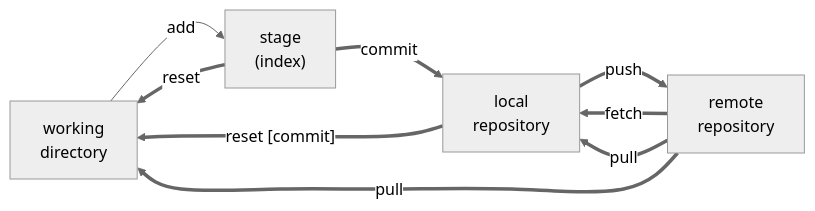
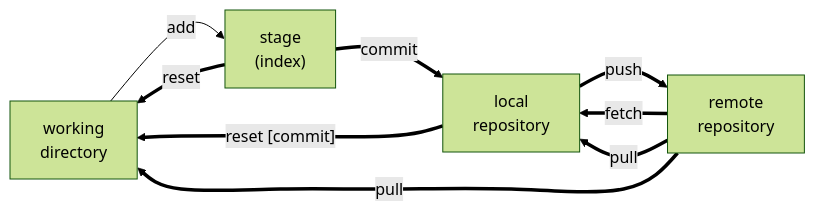
One commit to litec-hasp/git-intro changed the second of 2 diagrams in 00-example.md. Above: the diagram before and after it, drawn with Mermaid. The commit also changed other lines of this file, not shown here.

````diff
--- a/00-example.md
+++ b/00-example.md
@@ -37,17 +36,17 @@
 ```mermaid
 flowchart LR
-%%{init: {'theme':'neutral' ,'flowchart': { 'curve': 'natural' }}}%%
+%%{init: {'theme':'forest' ,'flowchart': { 'curve': 'natural' }}}%%
     wd[working\ndirectory]
     st["stage\n(index)"]
     lr[local\nrepository]
     rr[remote\nrepository]
     wd --> | add | st
     st == commit ==> lr
     lr == push ==> rr
     rr == fetch ==> lr
     rr == pull ==> lr
     rr == pull ==> wd
     lr == "reset [commit]" ==> wd
     st == reset ==> wd
     
 ```
````
